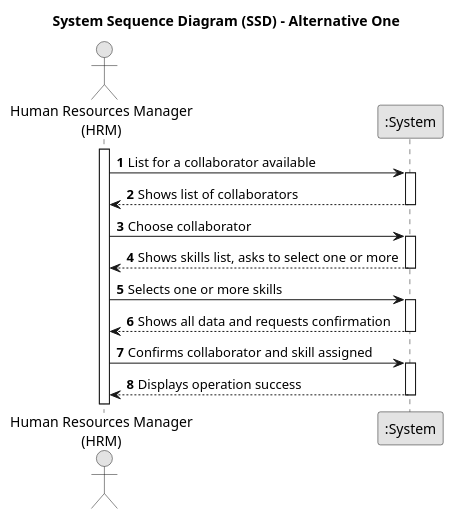
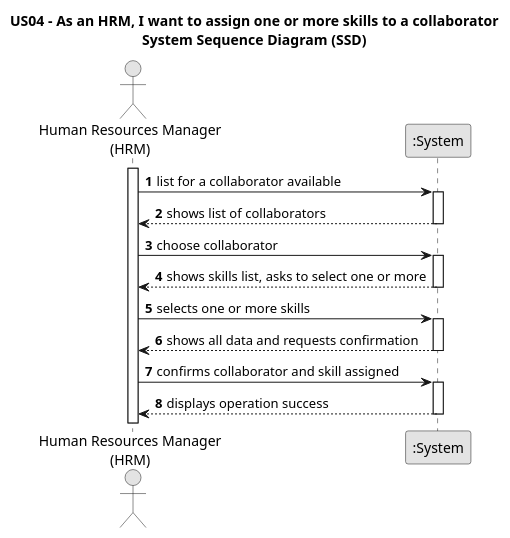
The diagram in docs/sprintC/us004/01.requirements-engineering/puml/us004-system-sequence-diagram.puml (Mendoncaa/LAPR2), drawn with PlantUML before and after one commit. The commit also changed 17 other files, not shown here.

```diff
--- a/docs/sprintC/us004/01.requirements-engineering/puml/us004-system-sequence-diagram.puml
+++ b/docs/sprintC/us004/01.requirements-engineering/puml/us004-system-sequence-diagram.puml
@@ -1,39 +1,39 @@
 @startuml
 skinparam monochrome true
 skinparam packageStyle rectangle
 skinparam shadowing false
 
-title System Sequence Diagram (SSD) - Alternative One
+title US04 - As an HRM, I want to assign one or more skills to a collaborator\nSystem Sequence Diagram (SSD)
 
 autonumber
 
 actor "Human Resources Manager\n(HRM)" as Employee
 participant ":System" as System
 
 activate Employee
 
-    Employee -> System : List for a collaborator available
+    Employee -> System : list for a collaborator available
     activate System
 
-        System --> Employee : Shows list of collaborators
+        System --> Employee : shows list of collaborators
     deactivate System
 
-    Employee -> System : Choose collaborator
+    Employee -> System : choose collaborator
     activate System
 
-        System --> Employee : Shows skills list, asks to select one or more
+        System --> Employee : shows skills list, asks to select one or more
     deactivate System
 
-    Employee -> System : Selects one or more skills
+    Employee -> System : selects one or more skills
     activate System
 
-        System --> Employee : Shows all data and requests confirmation
+        System --> Employee : shows all data and requests confirmation
     deactivate System
 
-    Employee -> System : Confirms collaborator and skill assigned
+    Employee -> System : confirms collaborator and skill assigned
     activate System
 
-        System --> Employee : Displays operation success
+        System --> Employee : displays operation success
     deactivate System
 
 @enduml
```
